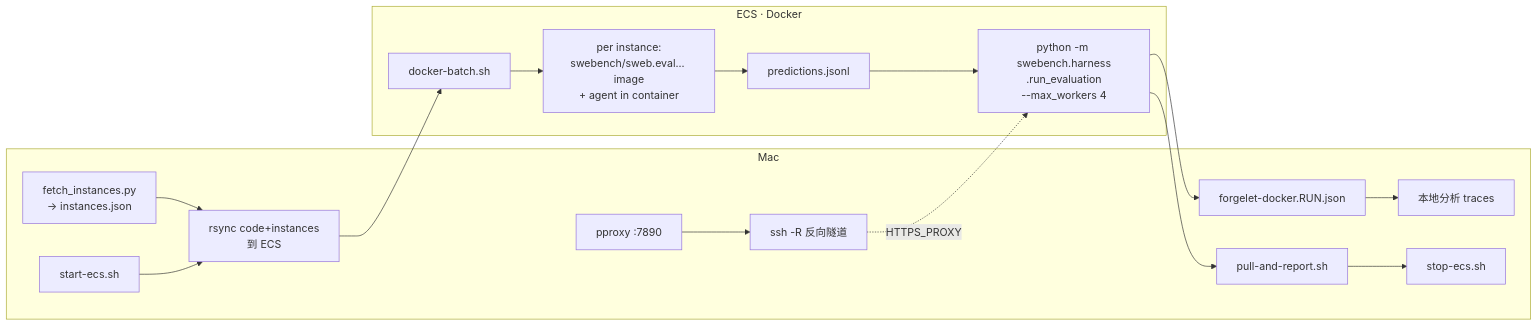
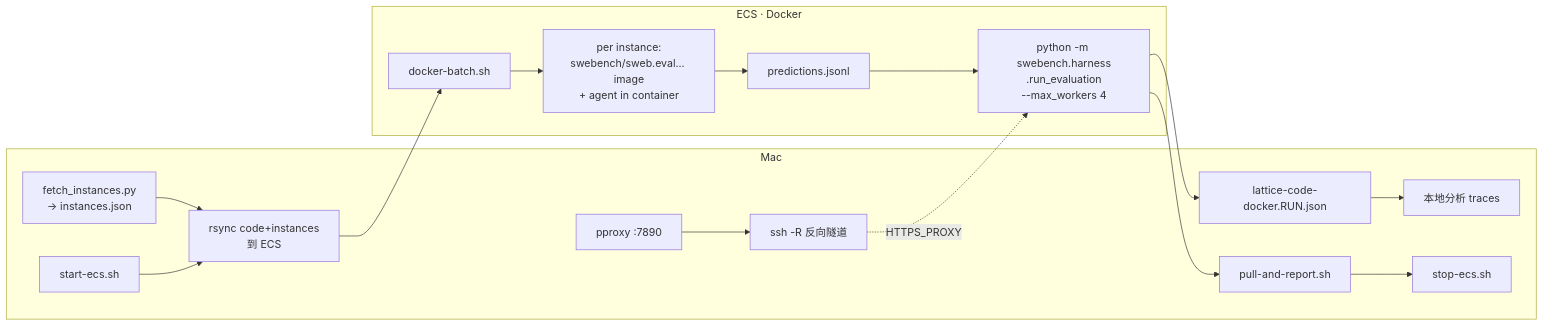
The diagram in packages/harness/eval/swe-bench/WORKFLOW.md (rikkiwang1224/coding-agent-chat-oss), drawn with Mermaid before and after one commit. The commit also changed other lines of this file and 142 other files, not shown here.

First line of the commit message:
Rebrand Forgelet to Lattice Code across the monorepo.

````diff
--- a/packages/harness/eval/swe-bench/WORKFLOW.md
+++ b/packages/harness/eval/swe-bench/WORKFLOW.md
@@ -9,23 +9,23 @@
 ```mermaid
 flowchart LR
   subgraph mac [Mac]
     A0[start-ecs.sh]
     A1[fetch_instances.py<br>→ instances.json]
     A1 --> A2[rsync code+instances<br>到 ECS]
     P1[pproxy :7890]
     P2[ssh -R 反向隧道]
     P1 --> P2
-    R[forgelet-docker.RUN.json] --> A6[本地分析 traces]
+    R[lattice-code-docker.RUN.json] --> A6[本地分析 traces]
     A4[pull-and-report.sh] --> A7[stop-ecs.sh]
   end
   subgraph ecs [ECS · Docker]
     B1[docker-batch.sh] --> B2[per instance:<br>swebench/sweb.eval... image<br>+ agent in container]
     B2 --> B3[predictions.jsonl]
     B3 --> B4[python -m swebench.harness<br>.run_evaluation<br>--max_workers 4]
     B4 --> R
   end
   A0 --> A2
   A2 --> B1
   B4 --> A4
   P2 -.HTTPS_PROXY.-> B4
 ```
````
